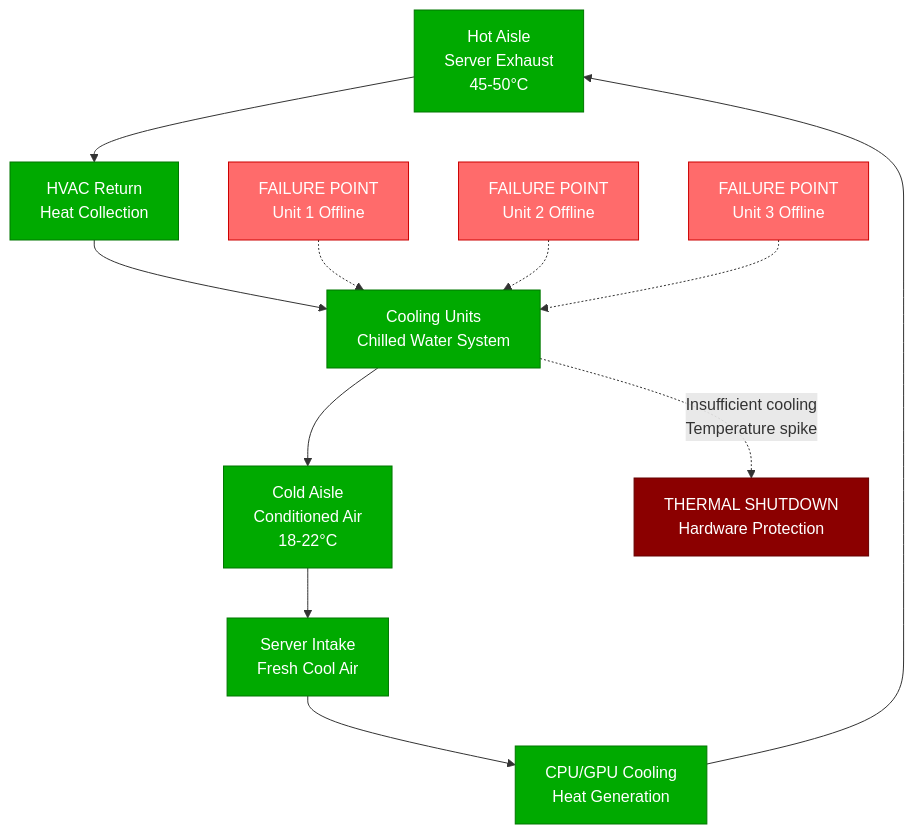
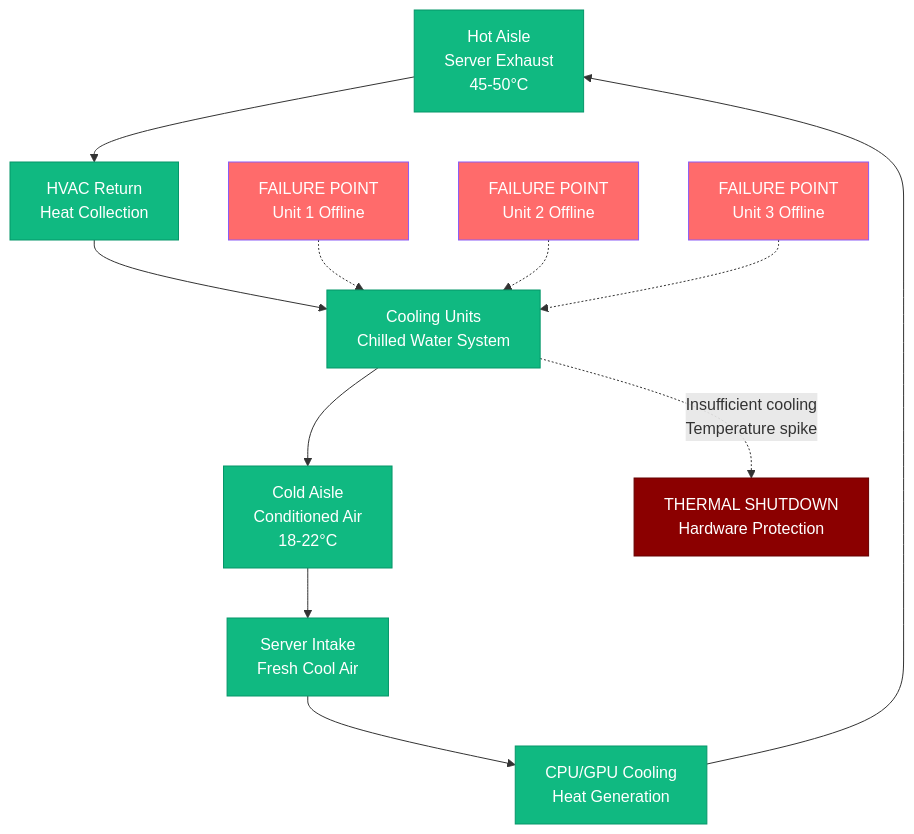
Before and after one commit to deepaucksharma/DS: the sixth of 11 diagrams in site/docs/incidents/oracle-cloud-2022.md, drawn with Mermaid. The commit also changed other lines of this file and 303 other files, not shown here.

````diff
--- a/site/docs/incidents/oracle-cloud-2022.md
+++ b/site/docs/incidents/oracle-cloud-2022.md
@@ -229,23 +229,23 @@
 ```mermaid
 flowchart TD
     A[Hot Aisle<br/>Server Exhaust<br/>45-50°C] --> B[HVAC Return<br/>Heat Collection]
     B --> C[Cooling Units<br/>Chilled Water System]
     C --> D[Cold Aisle<br/>Conditioned Air<br/>18-22°C]
     D --> E[Server Intake<br/>Fresh Cool Air]
     E --> F[CPU/GPU Cooling<br/>Heat Generation]
     F --> A
 
     G[FAILURE POINT<br/>Unit 1 Offline] -.-> C
     H[FAILURE POINT<br/>Unit 2 Offline] -.-> C
     I[FAILURE POINT<br/>Unit 3 Offline] -.-> C
 
     C -.->|Insufficient cooling<br/>Temperature spike| J[THERMAL SHUTDOWN<br/>Hardware Protection]
 
-    classDef normalFlow fill:#00AA00,stroke:#007700,color:#fff
-    classDef failurePoint fill:#FF6B6B,stroke:#CC0000,color:#fff
+    classDef normalFlow fill:#10B981,stroke:#059669,color:#fff
+    classDef failurePoint fill:#FF6B6B,stroke:#8B5CF6,color:#fff
     classDef emergency fill:#8B0000,stroke:#660000,color:#fff
 
     class A,B,C,D,E,F normalFlow
     class G,H,I failurePoint
     class J emergency
 ```
````
